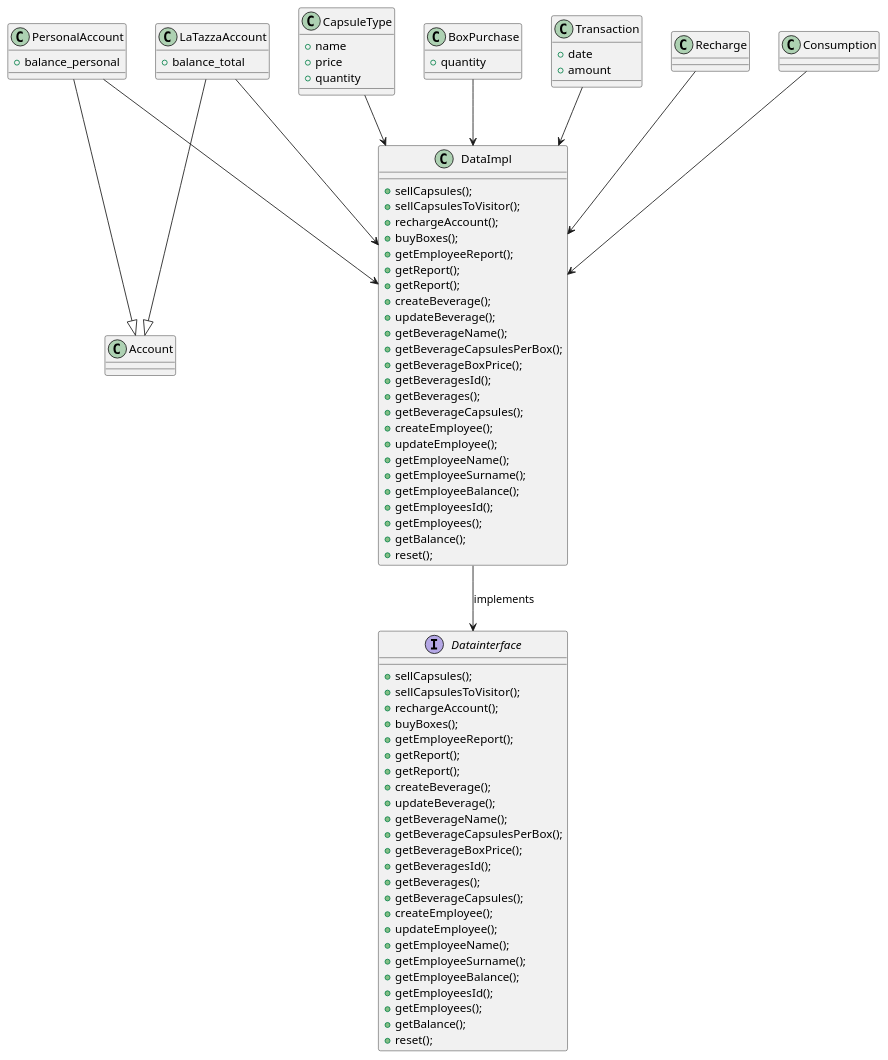
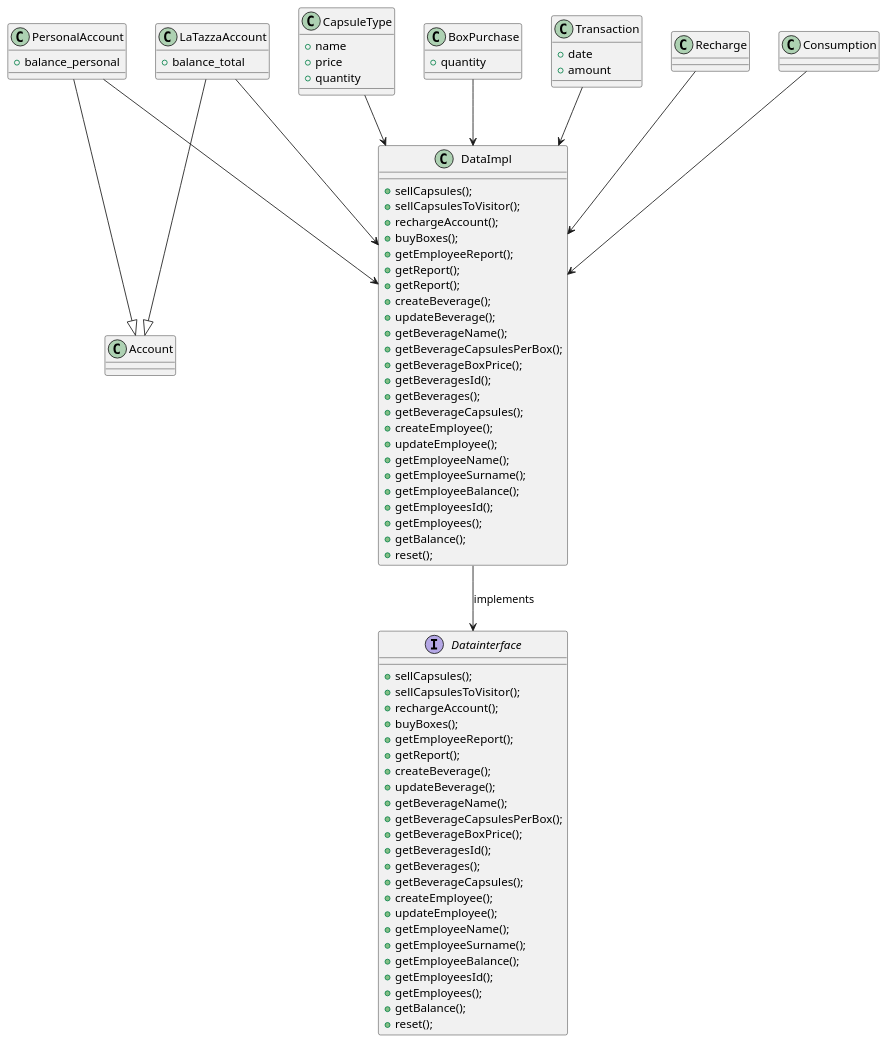
One commit to salvatore-dimartino/LaTazza changed the third of 7 diagrams in templates/DesignDocumentTemplate.md. Above: the diagram before and after it, drawn with PlantUML.

```diff
--- a/templates/DesignDocumentTemplate.md
+++ b/templates/DesignDocumentTemplate.md
@@ -78,7 +78,6 @@
     +rechargeAccount();
     +buyBoxes();
     +getEmployeeReport();
-    +getReport();
     +getReport();
     +createBeverage();
     +updateBeverage();
```
